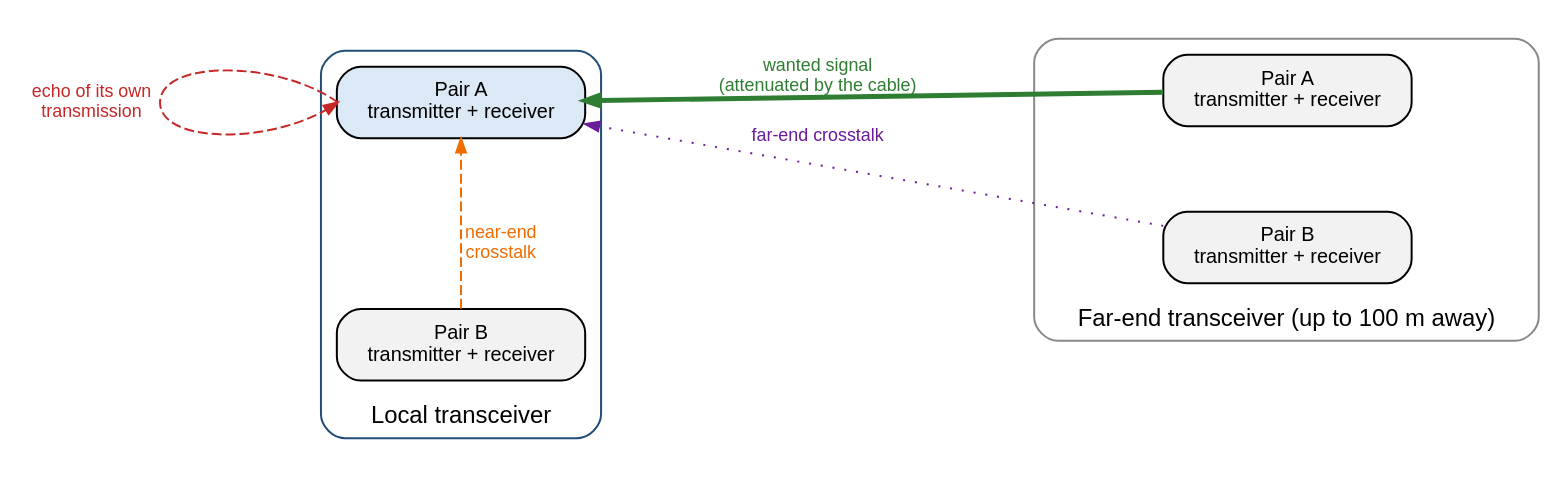
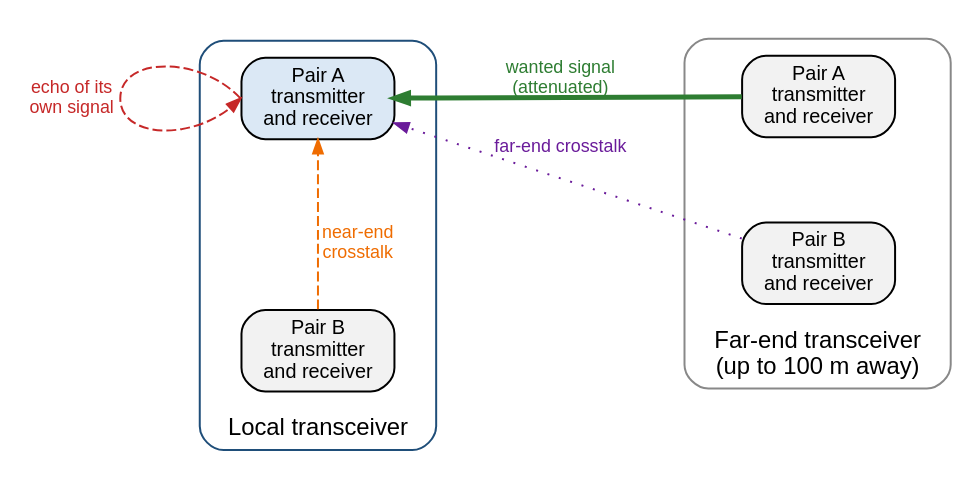
Before and after one commit to mithro/evampire: the diagram in docs/ethernet/phy-electrical/cable-impairments.dot, drawn with Graphviz. The commit also changed 1 other file, not shown here.

Commit message:
Redraw transceiver diagrams to fit the page width
Draw the transceiver block diagram top to bottom and tighten the cable
impairment diagram so that both are below 540 pt wide. Label the byte
interface as RGMII or on-chip, since the full design integrates the
transceiver.

```diff
--- a/docs/ethernet/phy-electrical/cable-impairments.dot
+++ b/docs/ethernet/phy-electrical/cable-impairments.dot
@@ -1,38 +1,38 @@
 // What arrives at the receiver of pair A in 1000BASE-T. Only two of the
 // four pairs are drawn; pairs C and D add the same kinds of coupling.
 //
 // SPDX-License-Identifier: Apache-2.0
 
 digraph impairments {
     graph [rankdir=RL, fontname="Helvetica", fontsize=12, nodesep=0.6,
-           ranksep=1.6, newrank=true];
+           ranksep=0.9, newrank=true];
     node  [shape=box, style="rounded,filled", fillcolor="#f2f2f2",
-           fontname="Helvetica", fontsize=10, width=1.5];
+           fontname="Helvetica", fontsize=10, width=0.9];
     edge  [fontname="Helvetica", fontsize=9, arrowsize=0.7];
 
     subgraph cluster_local {
         label="Local transceiver"; style="rounded"; color="#1f4e79"; labelloc=b;
-        la [label="Pair A\ntransmitter + receiver", fillcolor="#dbe8f5"];
-        lb [label="Pair B\ntransmitter + receiver"];
+        la [label="Pair A\ntransmitter\nand receiver", fillcolor="#dbe8f5"];
+        lb [label="Pair B\ntransmitter\nand receiver"];
     }
 
     subgraph cluster_far {
-        label="Far-end transceiver (up to 100 m away)"; style="rounded";
+        label="Far-end transceiver\n(up to 100 m away)"; style="rounded";
         color="#888888"; labelloc=b;
-        fa [label="Pair A\ntransmitter + receiver"];
-        fb [label="Pair B\ntransmitter + receiver"];
+        fa [label="Pair A\ntransmitter\nand receiver"];
+        fb [label="Pair B\ntransmitter\nand receiver"];
     }
 
     { rank=same; la; lb; }
     { rank=same; fa; fb; }
 
     fa -> la [penwidth=2.5, color="#2e7d32", fontcolor="#2e7d32",
-              label="wanted signal\n(attenuated by the cable)"];
+              label="wanted signal\n(attenuated)"];
     la:w -> la:w [style=dashed, color="#c62828", fontcolor="#c62828",
-              label="echo of its own\ntransmission"];
+              label="echo of its\nown signal"];
     lb -> la [style=dashed, color="#ef6c00", fontcolor="#ef6c00",
               xlabel="near-end\ncrosstalk"];
     fb -> la [style=dotted, color="#6a1b9a", fontcolor="#6a1b9a",
               label="far-end crosstalk"];
     fb -> lb [style=invis];
 }
```
